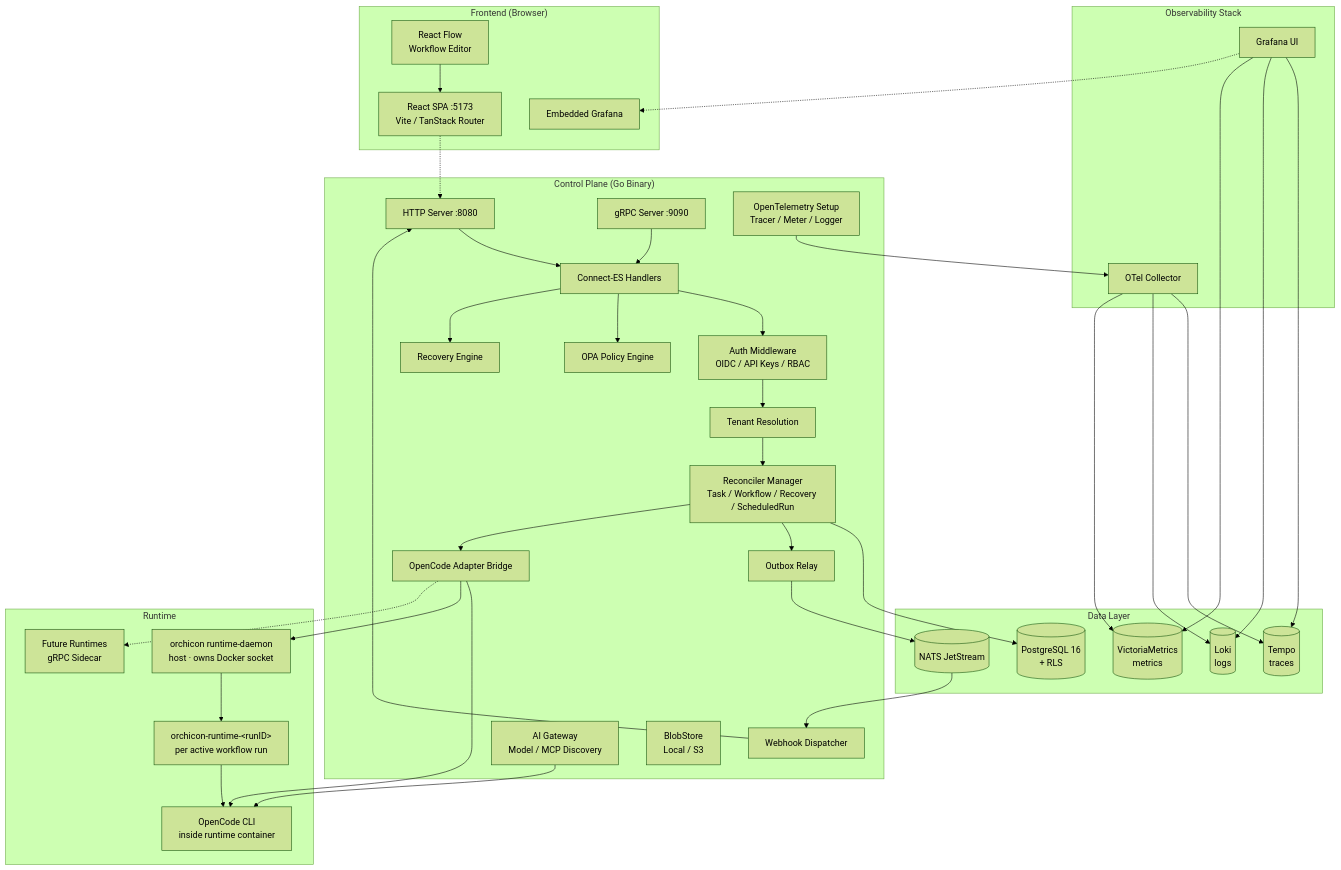
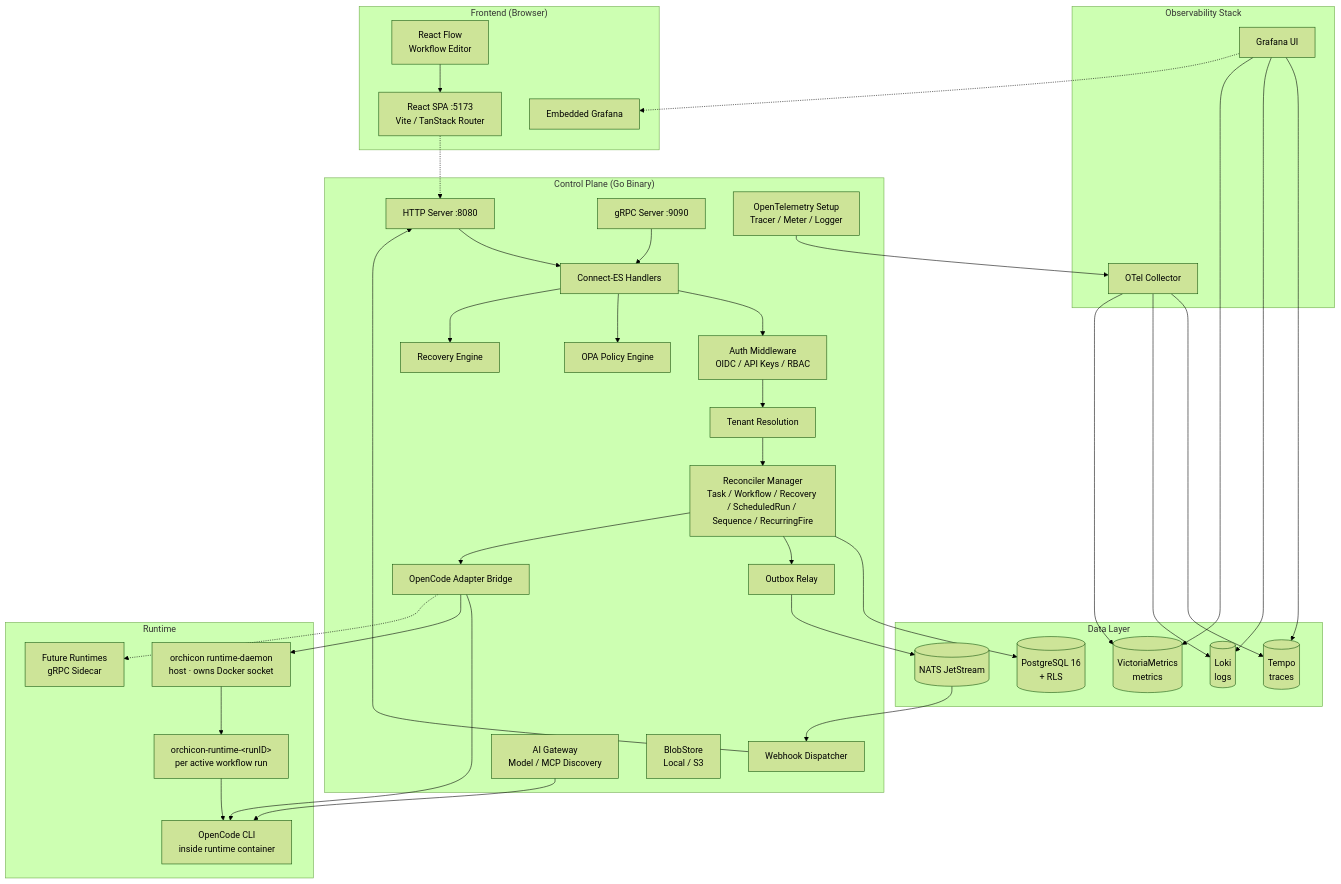
Before and after one commit to beardedparrott/Orchicon: the first of 3 diagrams in DOCUMENTATION.md, drawn with Mermaid (forest theme). The commit also changed other lines of this file and 351 other files, not shown here.

````diff
--- a/DOCUMENTATION.md
+++ b/DOCUMENTATION.md
@@ -96,75 +97,75 @@
 ```mermaid
 graph TB
     subgraph "Control Plane (Go Binary)"
         HTTP[HTTP Server :8080]
         GRPC[gRPC Server :9090]
         Connect[Connect-ES Handlers]
         Auth[Auth Middleware<br/>OIDC / API Keys / RBAC]
         Tenant[Tenant Resolution]
-        Reconcilers[Reconciler Manager<br/>Task / Workflow / Recovery / ScheduledRun]
+        Reconcilers[Reconciler Manager<br/>Task / Workflow / Recovery / ScheduledRun / Sequence / RecurringFire]
         OutboxRelay[Outbox Relay]
         WebhookDispatch[Webhook Dispatcher]
         Policy[OPA Policy Engine]
         RecoveryEngine[Recovery Engine]
         AdapterBridge[OpenCode Adapter Bridge]
         AIGateway[AI Gateway<br/>Model / MCP Discovery]
         Telemetry[OpenTelemetry Setup<br/>Tracer / Meter / Logger]
         BlobStore[BlobStore<br/>Local / S3]
     end
 
     subgraph "Data Layer"
         PG[(PostgreSQL 16<br/>+ RLS)]
         NATS[(NATS JetStream)]
         Tempo[(Tempo<br/>traces)]
         Loki[(Loki<br/>logs)]
         VM[(VictoriaMetrics<br/>metrics)]
     end
 
     subgraph "Observability Stack"
         OTel[OTel Collector]
         Grafana[Grafana UI]
     end
 
     subgraph "Runtime"
         RuntimeDaemon[orchicon runtime-daemon<br/>host · owns Docker socket]
         RuntimeContainer[orchicon-runtime-&lt;runID&gt;<br/>per active workflow run]
         OpenCode[OpenCode CLI<br/>inside runtime container]
         FutureRuntime[Future Runtimes<br/>gRPC Sidecar]
     end
 
     subgraph "Frontend (Browser)"
         SPA[React SPA :5173<br/>Vite / TanStack Router]
         ReactFlow[React Flow<br/>Workflow Editor]
         GrafanaIFrame[Embedded Grafana]
     end
 
     HTTP --> Connect
     GRPC --> Connect
     Connect --> Auth
     Auth --> Tenant
     Tenant --> Reconcilers
     Reconcilers --> PG
     Reconcilers --> OutboxRelay
     Reconcilers --> AdapterBridge
     OutboxRelay --> NATS
     NATS --> WebhookDispatch
     WebhookDispatch --> HTTP
     AdapterBridge --> OpenCode
     AdapterBridge --> RuntimeDaemon
     RuntimeDaemon --> RuntimeContainer
     RuntimeContainer --> OpenCode
     AdapterBridge -.-> FutureRuntime
     AIGateway --> OpenCode
     Connect --> Policy
     Connect --> RecoveryEngine
     Telemetry --> OTel
     OTel --> Tempo
     OTel --> Loki
     OTel --> VM
     Grafana --> Tempo
     Grafana --> Loki
     Grafana --> VM
     Grafana -.-> GrafanaIFrame
     SPA -.-> HTTP
     ReactFlow --> SPA
 ```
````
